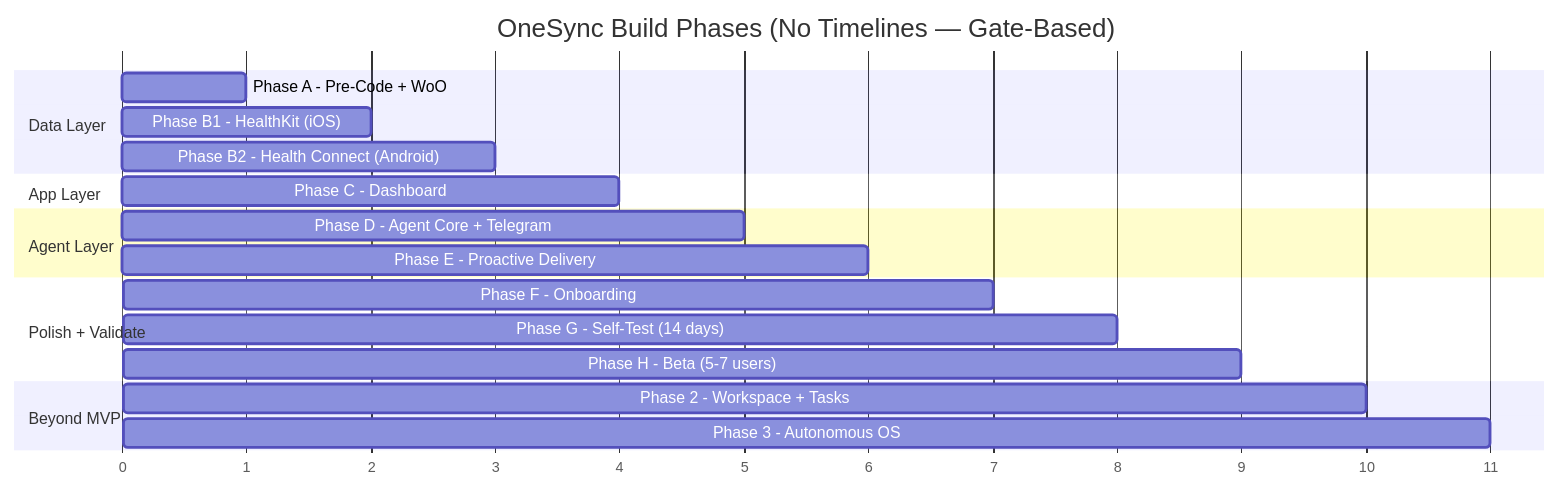
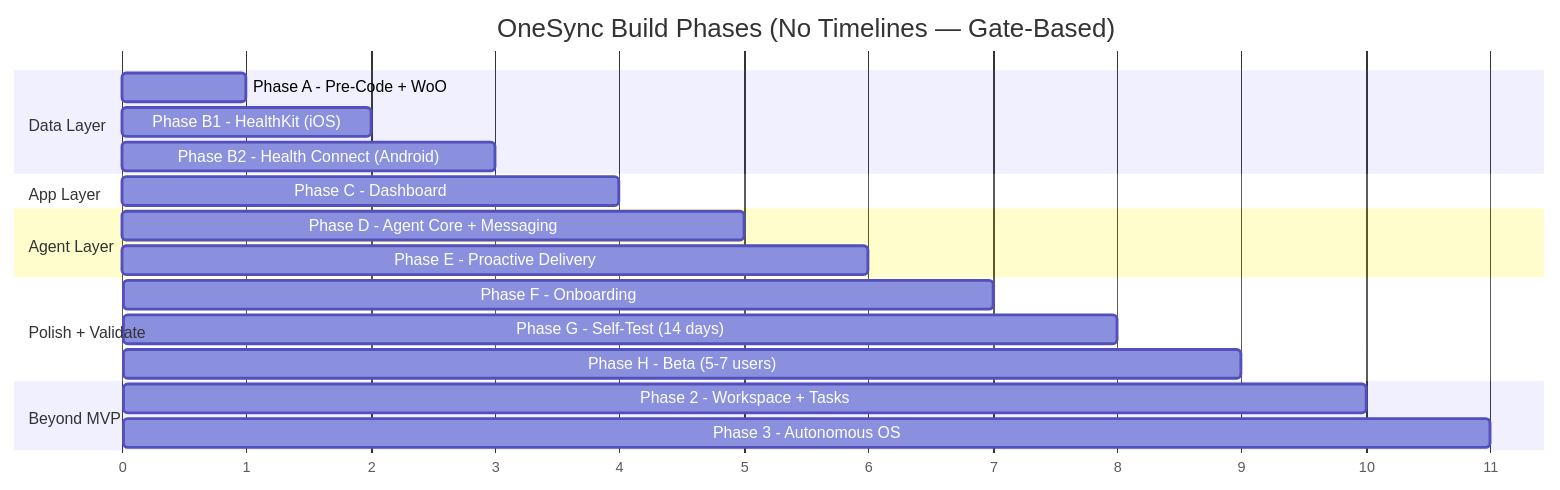
The fourth of 4 diagrams in docs-site/README.md (Pin4sf/Waldo), drawn with Mermaid before and after one commit. The commit also changed other lines of this file and 19 other files, not shown here.

First line of the commit message:
docs: add adapter pattern architecture, competitive analysis, and ecosystem framing

````diff
--- a/docs-site/README.md
+++ b/docs-site/README.md
@@ -94,27 +94,27 @@
 ```mermaid
 gantt
     title OneSync Build Phases (No Timelines — Gate-Based)
     dateFormat X
     axisFormat %s
 
     section Data Layer
     Phase A - Pre-Code + WoO          :a, 0, 1
     Phase B1 - HealthKit (iOS)         :b1, 1, 2
     Phase B2 - Health Connect (Android) :b2, 2, 3
 
     section App Layer
     Phase C - Dashboard                :c, 3, 4
 
     section Agent Layer
-    Phase D - Agent Core + Telegram    :d, 4, 5
+    Phase D - Agent Core + Messaging    :d, 4, 5
     Phase E - Proactive Delivery       :e, 5, 6
 
     section Polish + Validate
     Phase F - Onboarding               :f, 6, 7
     Phase G - Self-Test (14 days)      :g, 7, 8
     Phase H - Beta (5-7 users)         :h, 8, 9
 
     section Beyond MVP
     Phase 2 - Workspace + Tasks        :p2, 9, 10
     Phase 3 - Autonomous OS            :p3, 10, 11
 ```
````
